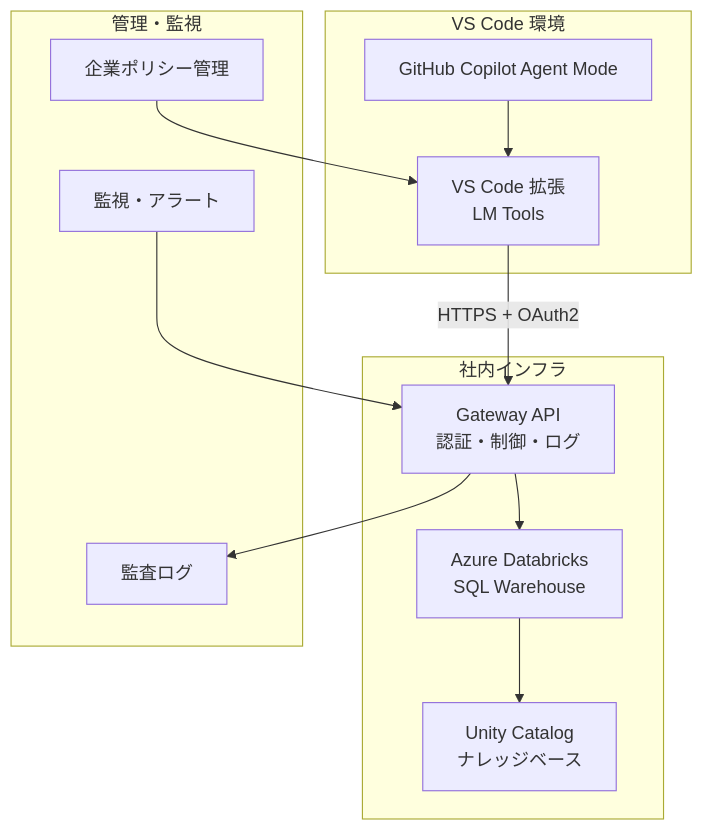
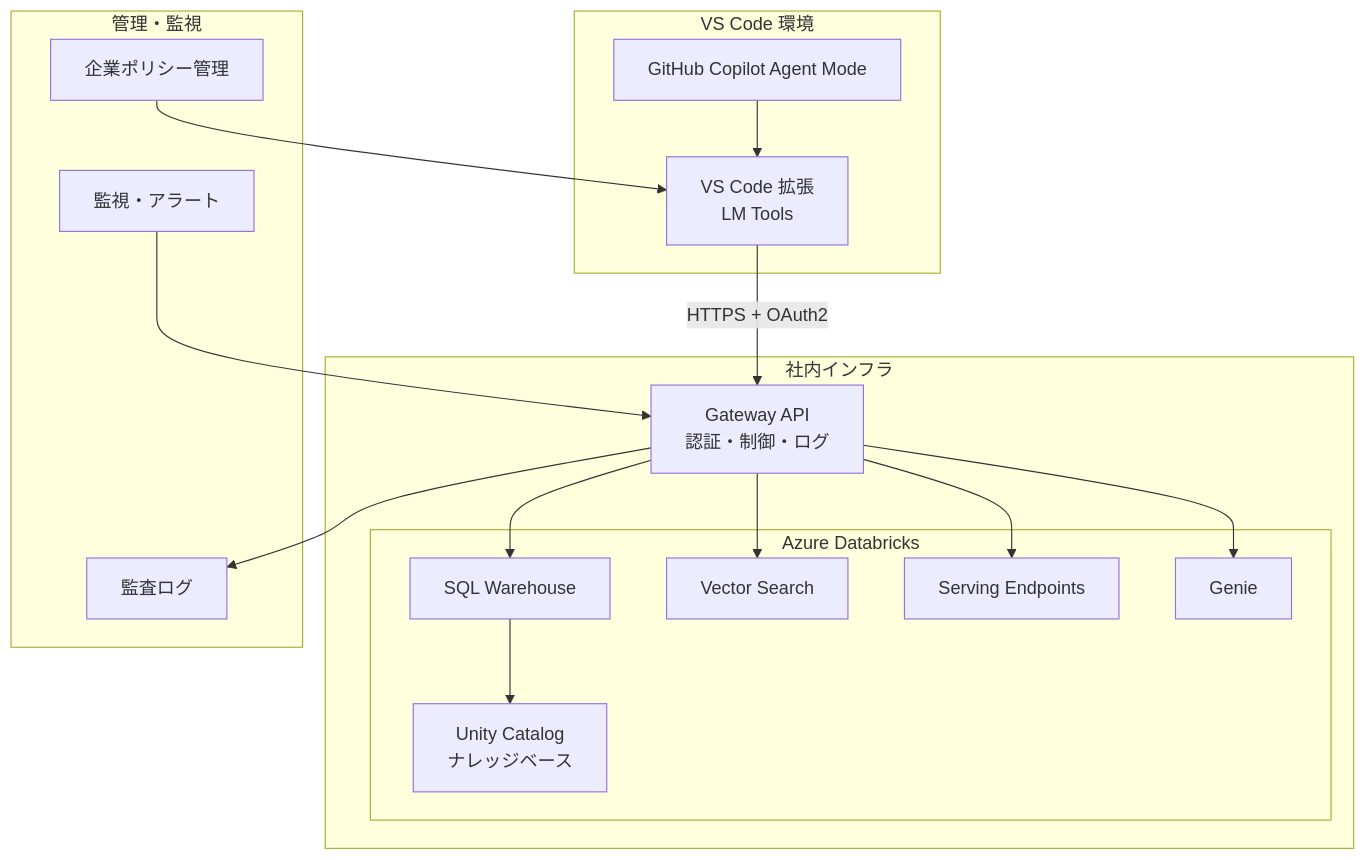
Before and after one commit to daichiTAAA/VSCodeTool: the first of 3 diagrams in docs/02000_設計書/02100_設計書.md, drawn with Mermaid. The commit also changed other lines of this file and 1 other file, not shown here.

Commit message:
docs: ensure gateway proxies Databricks API one-to-one

````diff
--- a/docs/02000_設計書/02100_設計書.md
+++ b/docs/02000_設計書/02100_設計書.md
@@ -38,22 +38,32 @@
 ```mermaid
 graph TB
     subgraph "VS Code 環境"
         A[GitHub Copilot Agent Mode] --> B[VS Code 拡張<br/>LM Tools]
     end
-    
+
     subgraph "社内インフラ"
-        C[Gateway API<br/>認証・制御・ログ] --> D[Azure Databricks<br/>SQL Warehouse]
-        D --> E[Unity Catalog<br/>ナレッジベース]
+        C[Gateway API<br/>認証・制御・ログ]
+        subgraph "Azure Databricks"
+            D[SQL Warehouse]
+            I[Vector Search]
+            J[Serving Endpoints]
+            K[Genie]
+            D --> E[Unity Catalog<br/>ナレッジベース]
+        end
+        C --> D
+        C --> I
+        C --> J
+        C --> K
     end
     
     subgraph "管理・監視"
         F[企業ポリシー管理]
         G[監視・アラート]
         H[監査ログ]
     end
     
     B -->|HTTPS + OAuth2| C
     C --> H
     G --> C
     F --> B
 ```
````
